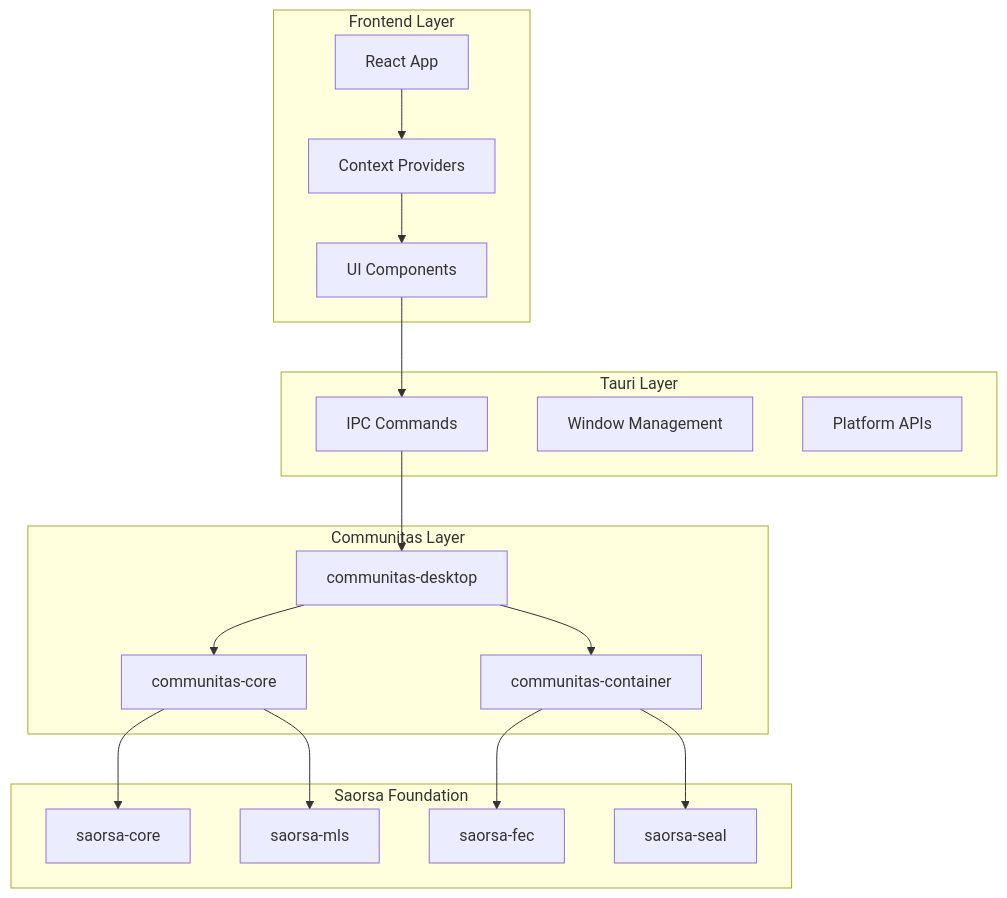
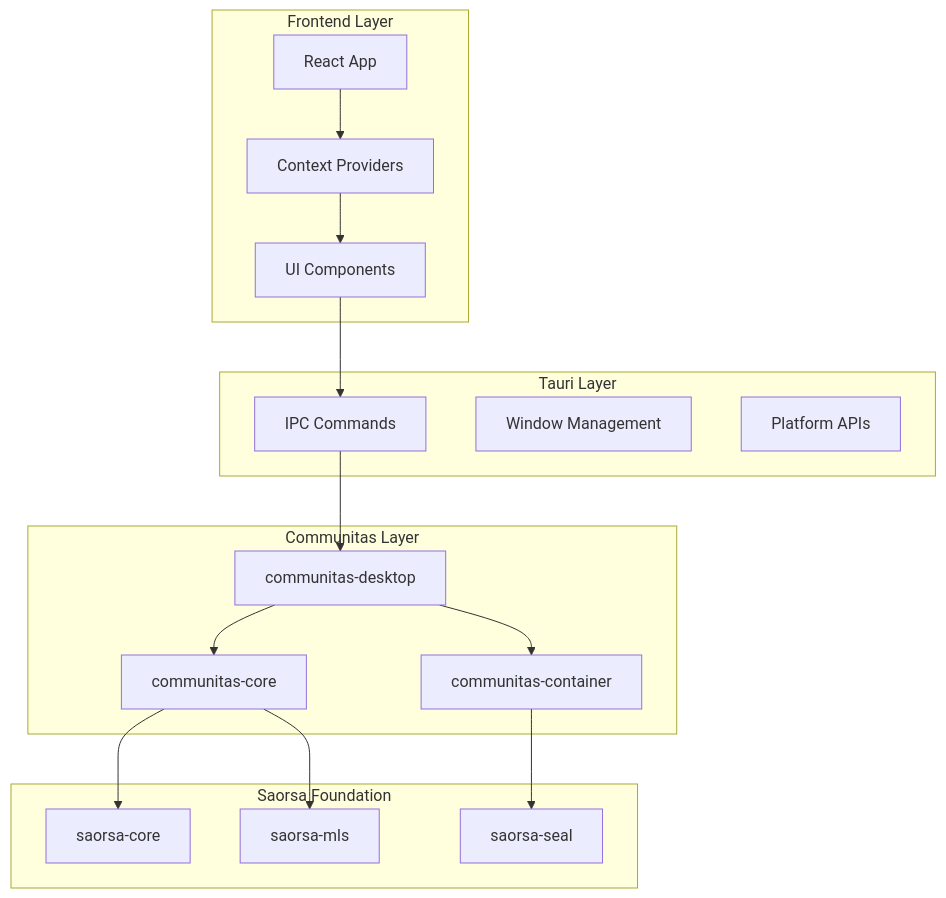
Before and after one commit to dirvine/communitas: the diagram in ARCHITECTURE.md, drawn with Mermaid. The commit also changed other lines of this file and 7 other files, not shown here.

First line of the commit message:
refactor: Remove FEC (Forward Error Correction) architecture

````diff
--- a/ARCHITECTURE.md
+++ b/ARCHITECTURE.md
@@ -38,38 +38,36 @@
 ```mermaid
 graph TB
     subgraph "Frontend Layer"
         React[React App]
         Contexts[Context Providers]
         Components[UI Components]
     end
     
     subgraph "Tauri Layer"
         IPC[IPC Commands]
         Window[Window Management]
         Platform[Platform APIs]
     end
     
     subgraph "Communitas Layer"
         Core[communitas-core]
         Desktop[communitas-desktop]
         Container[communitas-container]
     end
     
     subgraph "Saorsa Foundation"
         SCore[saorsa-core]
         SMLS[saorsa-mls]
-        SFEC[saorsa-fec]
         SSeal[saorsa-seal]
     end
-    
+
     React --> Contexts
     Contexts --> Components
     Components --> IPC
     IPC --> Desktop
     Desktop --> Core
     Desktop --> Container
     Core --> SCore
     Core --> SMLS
-    Container --> SFEC
     Container --> SSeal
 ```
````
